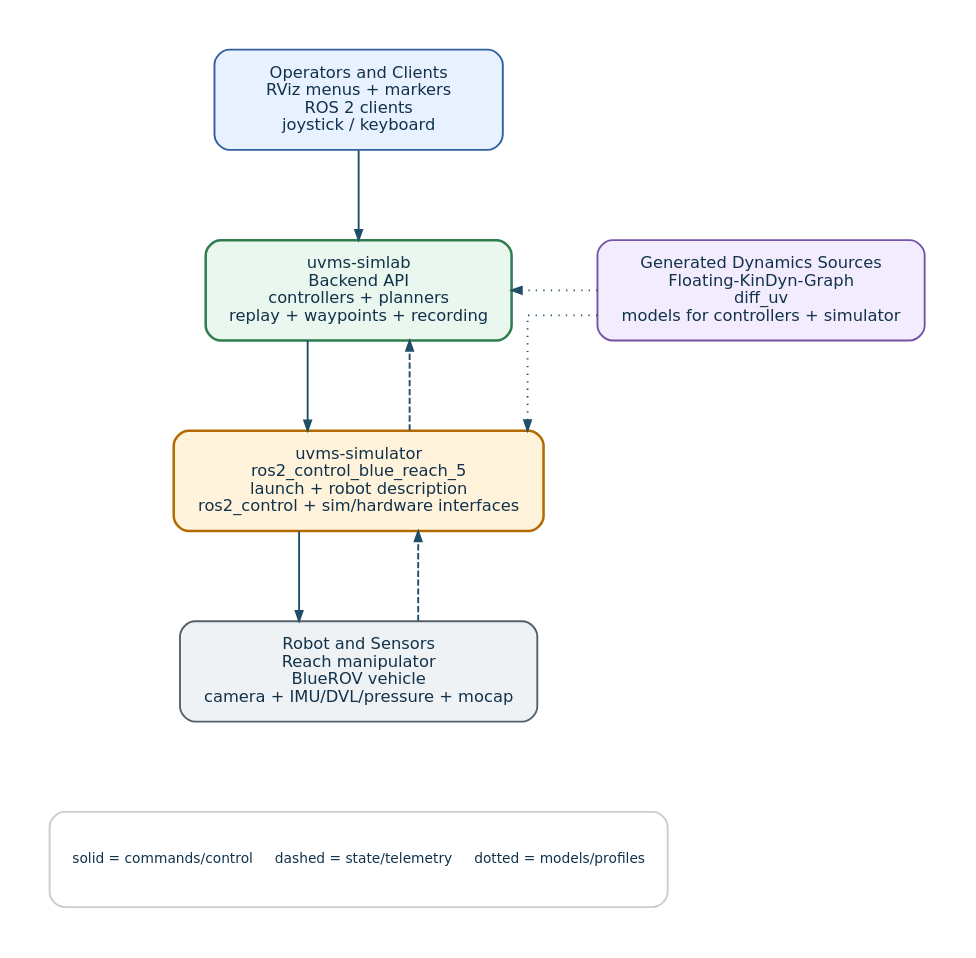
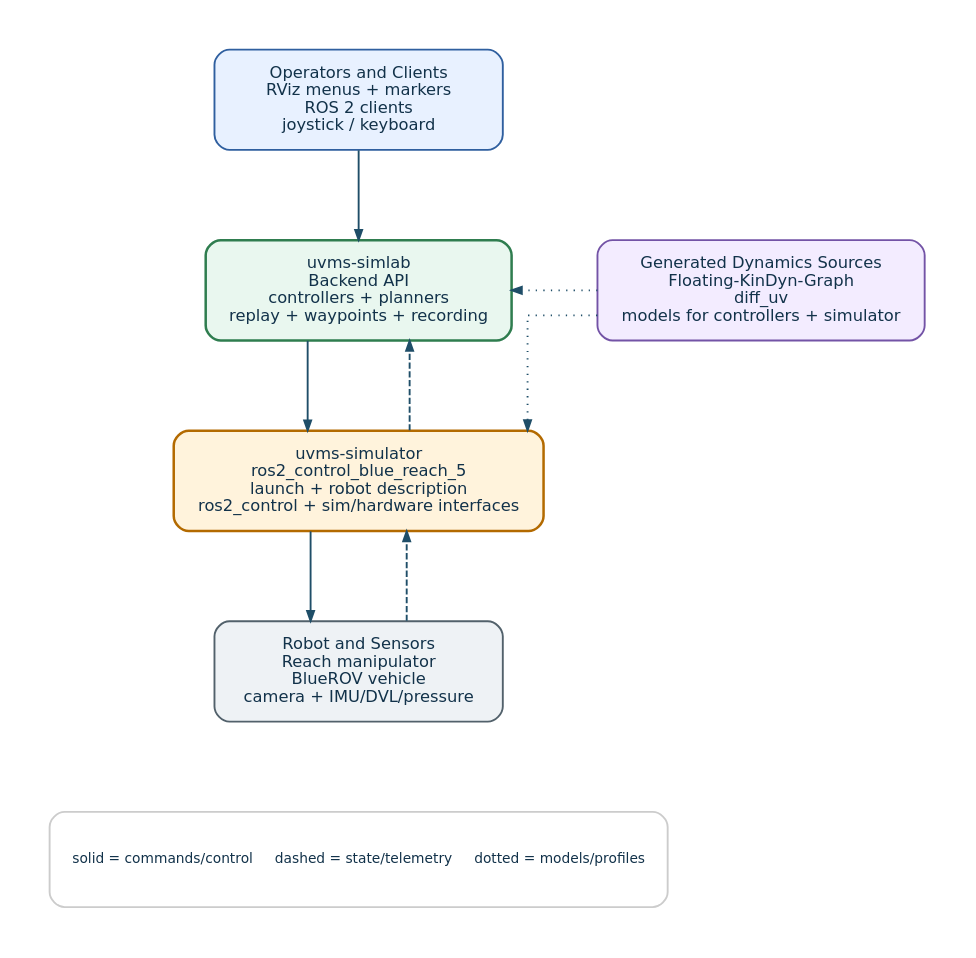
The diagram in doc/images/architecture_simple.dot (edxmorgan/uvms-simulator), drawn with Graphviz before and after one commit. The commit also changed 21 other files, not shown here.

```diff
--- a/doc/images/architecture_simple.dot
+++ b/doc/images/architecture_simple.dot
@@ -1,88 +1,88 @@
 digraph uvms_simple_architecture {
   graph [
     rankdir=TB,
     bgcolor="white",
     pad="0.45",
     nodesep="0.95",
     ranksep="1.00",
     splines=ortho,
     fontname="DejaVu Sans"
   ];
 
   node [
     shape=box,
     style="rounded,filled",
     fontname="DejaVu Sans",
     fontsize=13,
     color="#12324a",
     penwidth=1.5,
     fillcolor="#f8fbfd",
     fontcolor="#12324a",
     margin="0.22,0.16",
     width=3.2,
     height=1.05,
     fixedsize=false
   ];
 
   edge [
     fontname="DejaVu Sans",
     fontsize=11,
     color="#1f4e68",
     fontcolor="#1f4e68",
     penwidth=1.5,
     arrowsize=0.8
   ];
 
   operator [
     label="Operators and Clients\nRViz menus + markers\nROS 2 clients\njoystick / keyboard",
     fillcolor="#e8f1ff",
     color="#2f5f9f"
   ];
 
   simlab [
     label="uvms-simlab\nBackend API\ncontrollers + planners\nreplay + waypoints + recording",
     fillcolor="#e9f7ef",
     color="#2f7d4f",
     penwidth=2.0
   ];
 
   simulator [
     label="uvms-simulator\nros2_control_blue_reach_5\nlaunch + robot description\nros2_control + sim/hardware interfaces",
     fillcolor="#fff3dc",
     color="#b36a00",
     penwidth=2.0
   ];
 
   dynamics [
     label="Generated Dynamics Sources\nFloating-KinDyn-Graph\ndiff_uv\nmodels for controllers + simulator",
     fillcolor="#f3ecff",
     color="#7353a6"
   ];
 
   hardware [
-    label="Robot and Sensors\nReach manipulator\nBlueROV vehicle\ncamera + IMU/DVL/pressure + mocap",
+    label="Robot and Sensors\nReach manipulator\nBlueROV vehicle\ncamera + IMU/DVL/pressure",
     fillcolor="#eef2f5",
     color="#52616b"
   ];
 
   { rank=same; simlab; dynamics; }
   simlab -> dynamics [style=invis, weight=20];
 
   operator -> simlab;
   simlab -> simulator;
   simulator -> simlab [style=dashed];
   simulator -> hardware;
   hardware -> simulator [style=dashed];
 
   dynamics -> simlab [style=dotted];
   dynamics -> simulator [style=dotted];
 
   legend [
     label="solid = commands/control     dashed = state/telemetry     dotted = models/profiles",
     shape=box,
     fillcolor="#ffffff",
     color="#cccccc",
     fontsize=11
   ];
   hardware -> legend [style=invis];
 }
```
